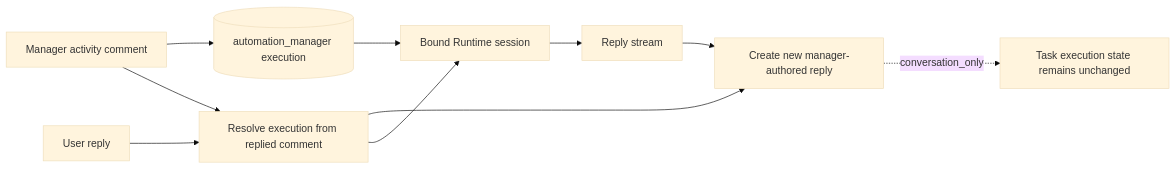
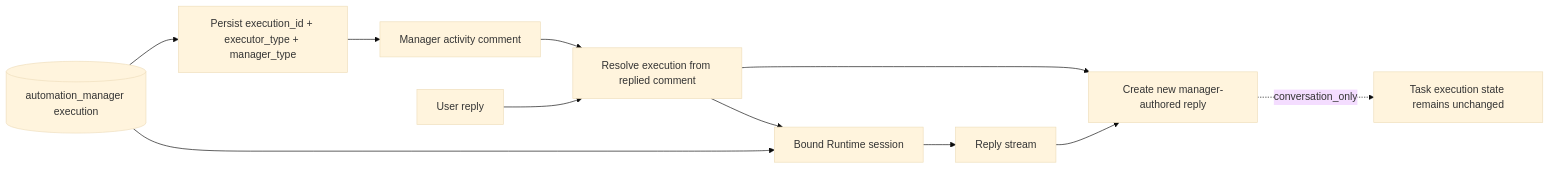
The first of 2 diagrams in docs/en/architecture/automation-manager-continuation.md (wecode-ai/Wegent), drawn with Mermaid (base theme) before and after one commit. The commit also changed other lines of this file and 6 other files, not shown here.

Commit message:
fix(automation): persist manager activity execution identity

````diff
--- a/docs/en/architecture/automation-manager-continuation.md
+++ b/docs/en/architecture/automation-manager-continuation.md
@@ -7,12 +7,13 @@
 ```mermaid
 flowchart LR
-    ROOT[Manager activity comment] --> EXEC[(automation_manager execution)]
+    EXEC[(automation_manager execution)] --> BIND[Persist execution_id + executor_type + manager_type]
+    BIND --> ROOT[Manager activity comment]
     EXEC --> SESSION[Bound Runtime session]
     USER[User reply] --> ROUTE[Resolve execution from replied comment]
     ROOT --> ROUTE
     ROUTE --> REPLY[Create new manager-authored reply]
     ROUTE --> SESSION
     SESSION --> STREAM[Reply stream]
     STREAM --> REPLY
     REPLY -. conversation_only .-> TASK[Task execution state remains unchanged]
 ```
````
